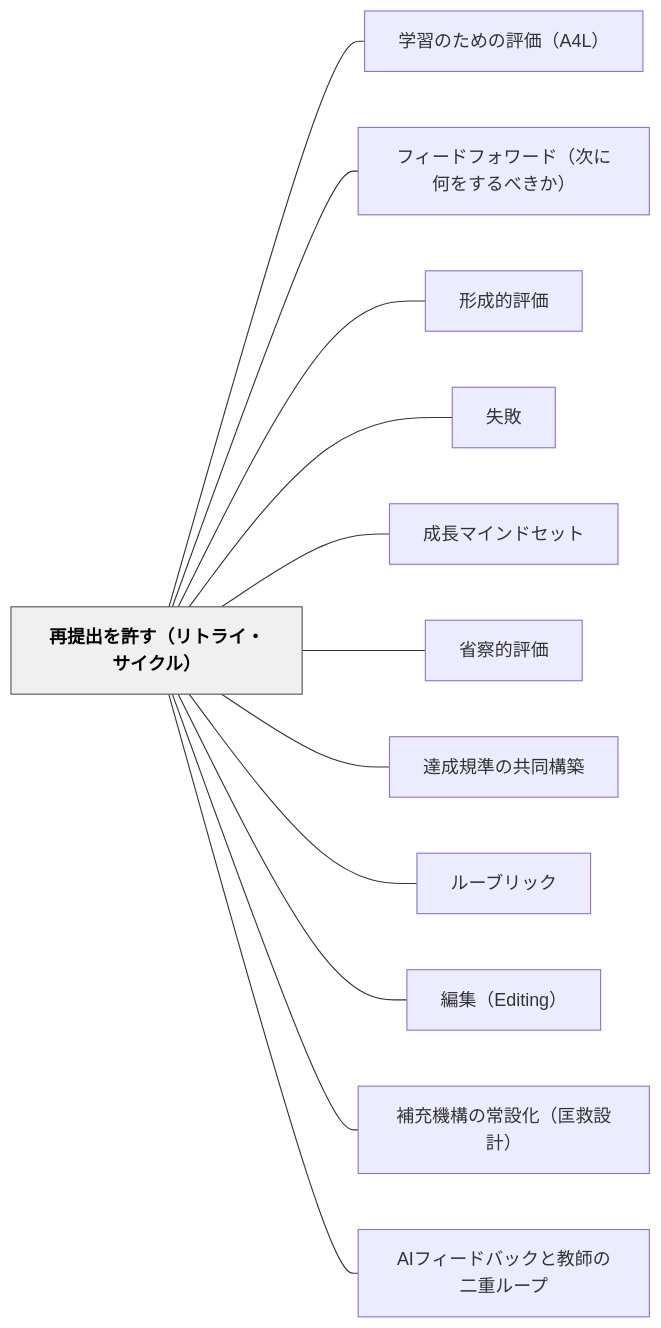
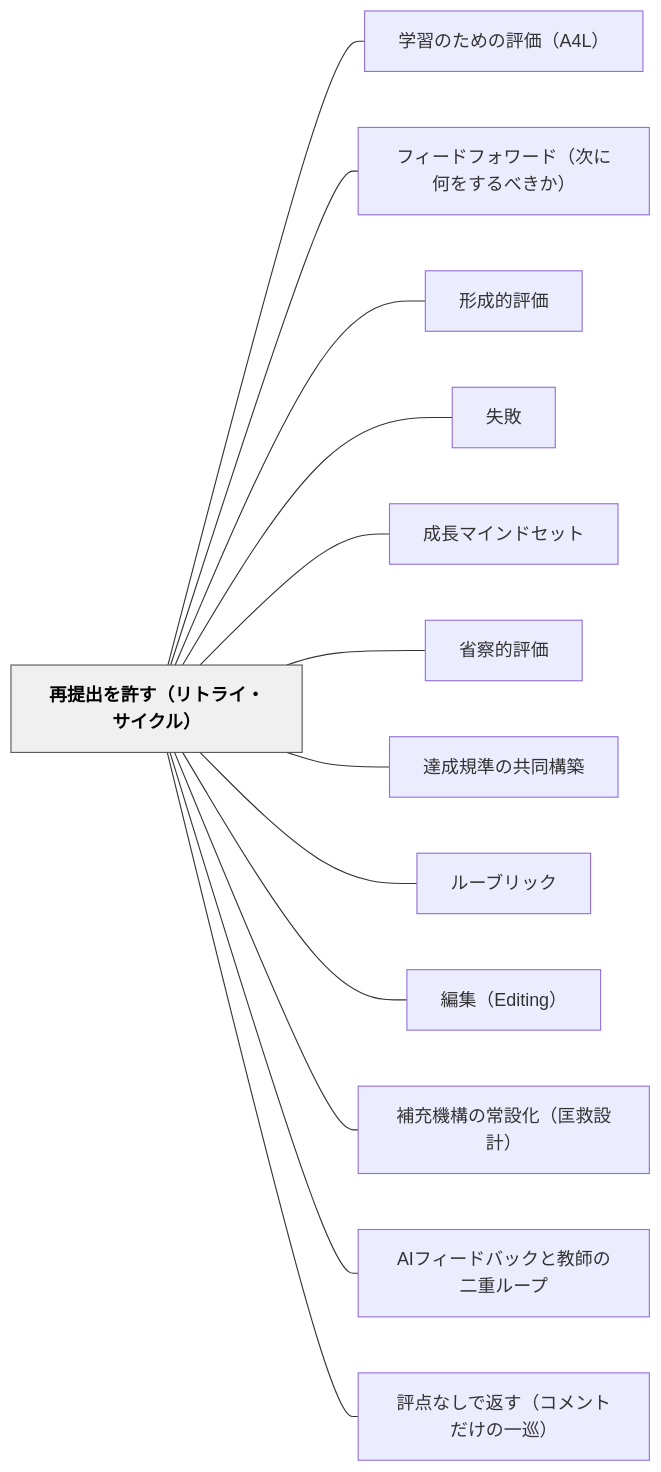
Before and after one commit to unknownthings-ed-patterns/unknownthings-ed-patterns: the diagram in content/パタン/再提出を許す（リトライ・サイクル）.md, drawn with Mermaid. The commit also changed other lines of this file and 26 other files, not shown here.

````diff
--- a/content/パタン/再提出を許す（リトライ・サイクル）.md
+++ b/content/パタン/再提出を許す（リトライ・サイクル）.md
@@ -129,30 +130,32 @@
 ```mermaid
 flowchart LR
     ne5868de68f90e587bae38292e8a8b1e38199efbc88e383aae38388e383a9e382a4e383bbe382b5e382a4e382afe383abefbc89["再提出を許す（リトライ・サイクル）"]
     ne5ada6e7bf92e381aee3819fe38281e381aee8a995e4bea1efbc8841344cefbc89["学習のための評価（A4L）"]
     ne38395e382a3e383bce38389e38395e382a9e383afe383bce38389efbc88e6aca1e381abe4bd95e38292e38199e3828be381b9e3818de3818befbc89["フィードフォワード（次に何をするべきか）"]
     ne5bda2e68890e79a84e8a995e4bea1["形成的評価"]
     ne5a4b1e69597["失敗"]
     ne68890e995b7e3839ee382a4e383b3e38389e382bbe38383e38388["成長マインドセット"]
     ne79c81e5af9fe79a84e8a995e4bea1["省察的評価"]
     ne98194e68890e8a68fe6ba96e381aee585b1e5908ce6a78be7af89["達成規準の共同構築"]
     ne383abe383bce38396e383aae38383e382af["ルーブリック"]
     ne7b7a8e99b86efbc8845646974696e67efbc89["編集（Editing）"]
     ne8a39ce58585e6a99fe6a78be381aee5b8b8e8a8ade58c96efbc88e58ca1e69591e8a8ade8a888efbc89["補充機構の常設化（匡救設計）"]
     n4149e38395e382a3e383bce38389e38390e38383e382afe381a8e69599e5b8abe381aee4ba8ce9878de383abe383bce38397["AIフィードバックと教師の二重ループ"]
+    ne8a995e782b9e381aae38197e381a7e8bf94e38199efbc88e382b3e383a1e383b3e38388e381a0e38191e381aee4b880e5b7a1efbc89["評点なしで返す（コメントだけの一巡）"]
 
     ne5868de68f90e587bae38292e8a8b1e38199efbc88e383aae38388e383a9e382a4e383bbe382b5e382a4e382afe383abefbc89 --- ne5ada6e7bf92e381aee3819fe38281e381aee8a995e4bea1efbc8841344cefbc89
     ne5868de68f90e587bae38292e8a8b1e38199efbc88e383aae38388e383a9e382a4e383bbe382b5e382a4e382afe383abefbc89 --- ne38395e382a3e383bce38389e38395e382a9e383afe383bce38389efbc88e6aca1e381abe4bd95e38292e38199e3828be381b9e3818de3818befbc89
     ne5868de68f90e587bae38292e8a8b1e38199efbc88e383aae38388e383a9e382a4e383bbe382b5e382a4e382afe383abefbc89 --- ne5bda2e68890e79a84e8a995e4bea1
     ne5868de68f90e587bae38292e8a8b1e38199efbc88e383aae38388e383a9e382a4e383bbe382b5e382a4e382afe383abefbc89 --- ne5a4b1e69597
     ne5868de68f90e587bae38292e8a8b1e38199efbc88e383aae38388e383a9e382a4e383bbe382b5e382a4e382afe383abefbc89 --- ne68890e995b7e3839ee382a4e383b3e38389e382bbe38383e38388
     ne5868de68f90e587bae38292e8a8b1e38199efbc88e383aae38388e383a9e382a4e383bbe382b5e382a4e382afe383abefbc89 --- ne79c81e5af9fe79a84e8a995e4bea1
     ne5868de68f90e587bae38292e8a8b1e38199efbc88e383aae38388e383a9e382a4e383bbe382b5e382a4e382afe383abefbc89 --- ne98194e68890e8a68fe6ba96e381aee585b1e5908ce6a78be7af89
     ne5868de68f90e587bae38292e8a8b1e38199efbc88e383aae38388e383a9e382a4e383bbe382b5e382a4e382afe383abefbc89 --- ne383abe383bce38396e383aae38383e382af
     ne5868de68f90e587bae38292e8a8b1e38199efbc88e383aae38388e383a9e382a4e383bbe382b5e382a4e382afe383abefbc89 --- ne7b7a8e99b86efbc8845646974696e67efbc89
     ne5868de68f90e587bae38292e8a8b1e38199efbc88e383aae38388e383a9e382a4e383bbe382b5e382a4e382afe383abefbc89 --- ne8a39ce58585e6a99fe6a78be381aee5b8b8e8a8ade58c96efbc88e58ca1e69591e8a8ade8a888efbc89
     ne5868de68f90e587bae38292e8a8b1e38199efbc88e383aae38388e383a9e382a4e383bbe382b5e382a4e382afe383abefbc89 --- n4149e38395e382a3e383bce38389e38390e38383e382afe381a8e69599e5b8abe381aee4ba8ce9878de383abe383bce38397
+    ne5868de68f90e587bae38292e8a8b1e38199efbc88e383aae38388e383a9e382a4e383bbe382b5e382a4e382afe383abefbc89 --- ne8a995e782b9e381aae38197e381a7e8bf94e38199efbc88e382b3e383a1e383b3e38388e381a0e38191e381aee4b880e5b7a1efbc89
 
     classDef hub fill:#f0f0f0,stroke:#555,color:#000,font-weight:bold
     class ne5868de68f90e587bae38292e8a8b1e38199efbc88e383aae38388e383a9e382a4e383bbe382b5e382a4e382afe383abefbc89 hub
 ```
````
